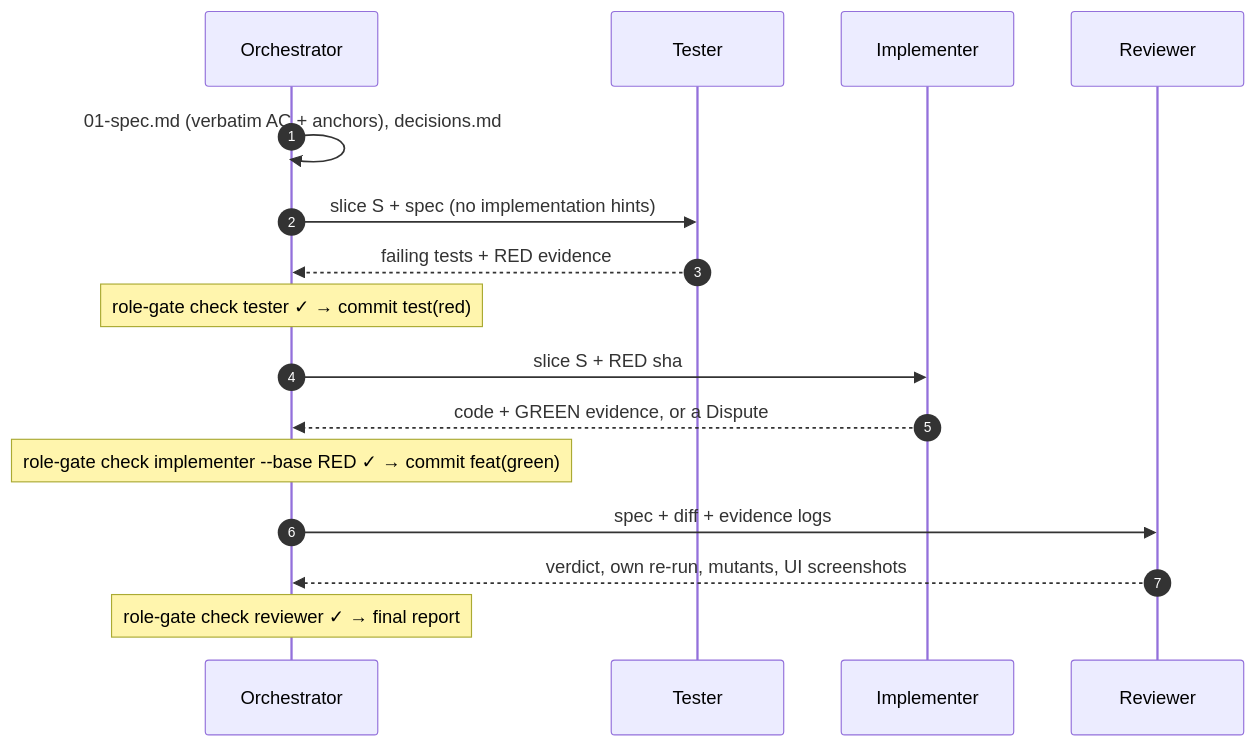
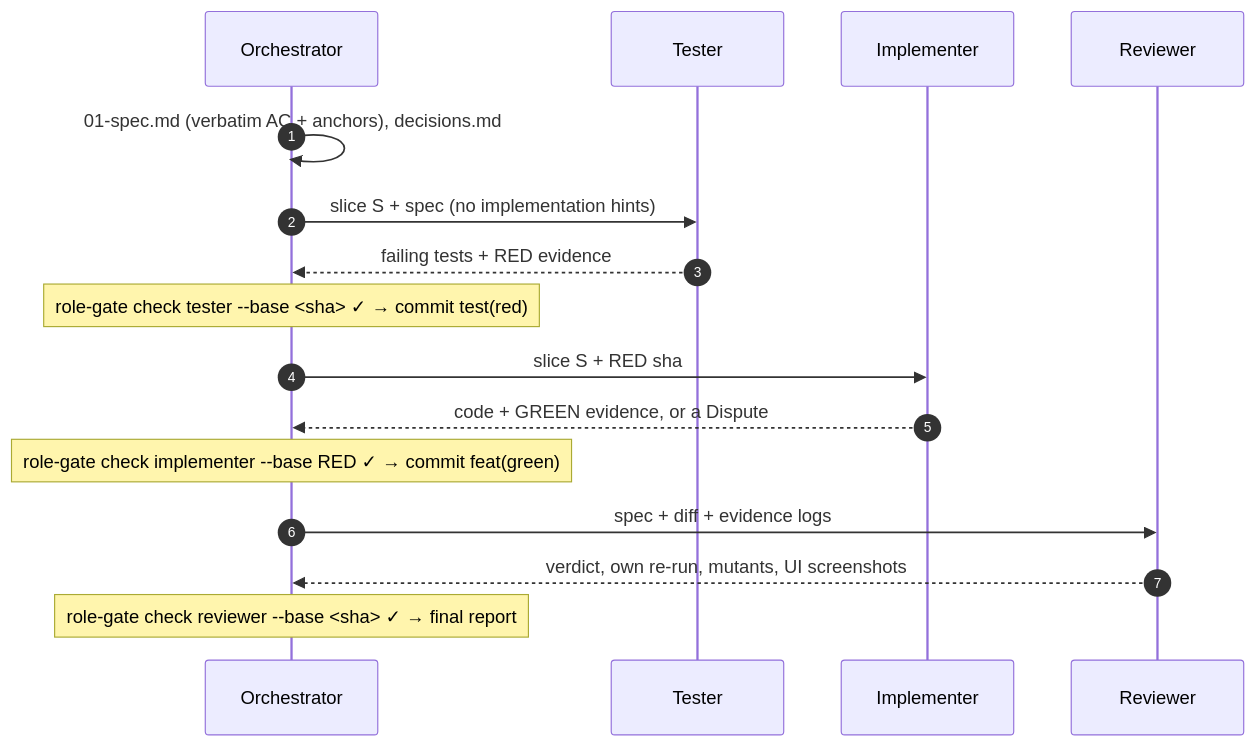
The first of 3 diagrams in README.md (NLMDang22520190/agent-playbook), drawn with Mermaid before and after one commit. The commit also changed 5 other files, not shown here.

Commit message:
feat(green): lane G - every role gate gets the sha from before the role; tdd-step --base and a --baseline commit model

````diff
--- a/README.md
+++ b/README.md
@@ -56,18 +56,18 @@
 ```mermaid
 sequenceDiagram
   autonumber
   participant O as Orchestrator
   participant T as Tester
   participant I as Implementer
   participant R as Reviewer
   O->>O: 01-spec.md (verbatim AC + anchors), decisions.md
   O->>T: slice S + spec (no implementation hints)
   T-->>O: failing tests + RED evidence
-  Note over O: role-gate check tester ✓ → commit test(red)
+  Note over O: role-gate check tester --base <sha> ✓ → commit test(red)
   O->>I: slice S + RED sha
   I-->>O: code + GREEN evidence, or a Dispute
   Note over O: role-gate check implementer --base RED ✓ → commit feat(green)
   O->>R: spec + diff + evidence logs
   R-->>O: verdict, own re-run, mutants, UI screenshots
-  Note over O: role-gate check reviewer ✓ → final report
+  Note over O: role-gate check reviewer --base <sha> ✓ → final report
 ```
````
